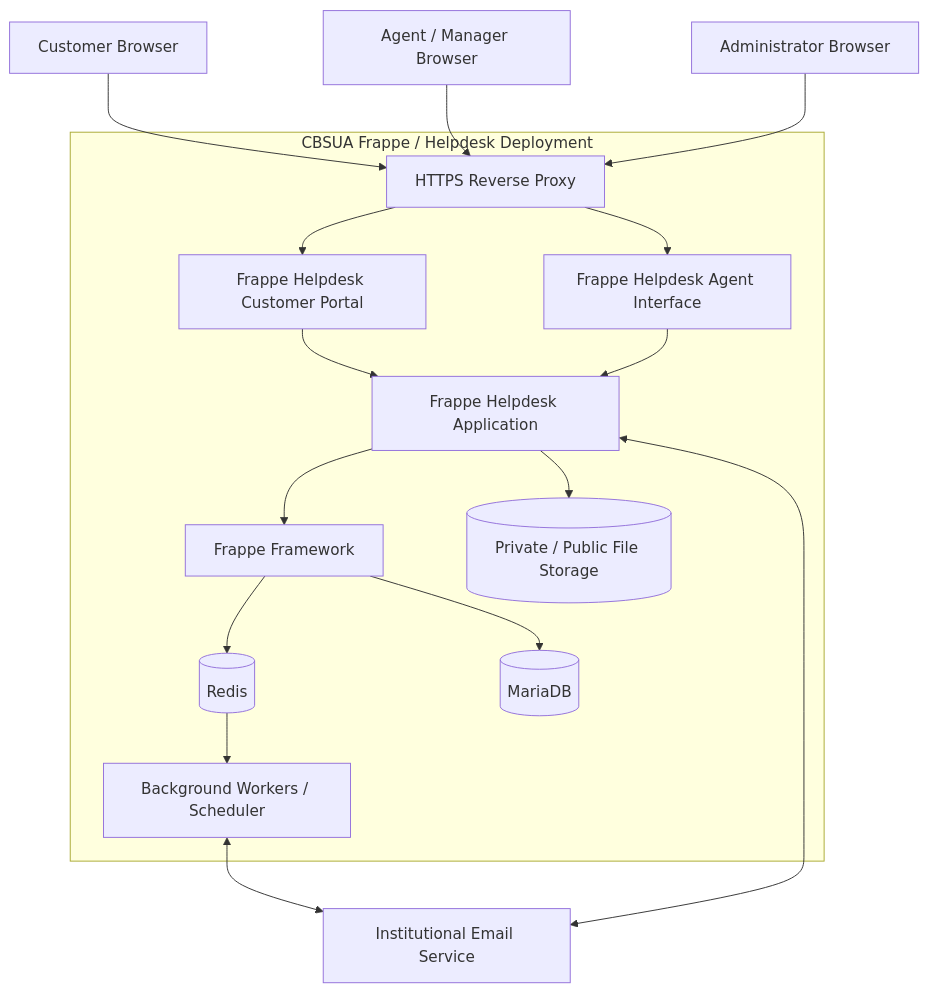
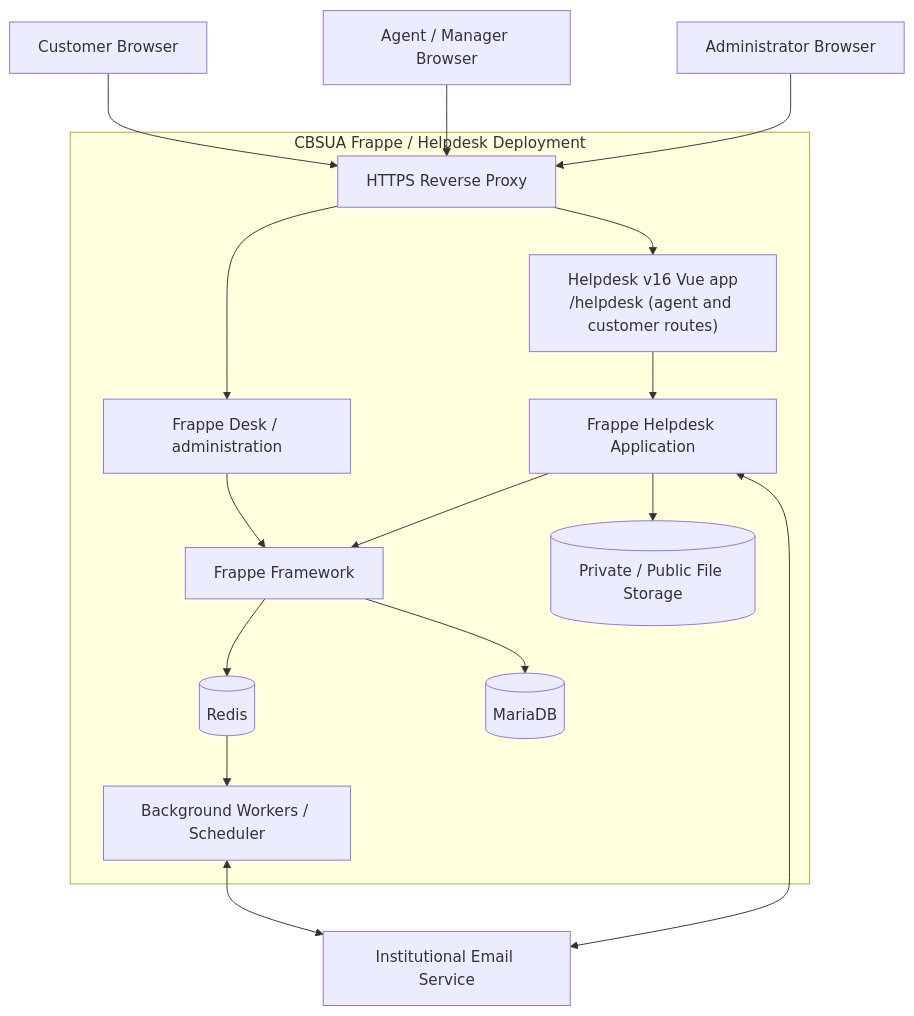
Before and after one commit to AgeReapor/cbsua-helpdesk-app: the second of 6 diagrams in docs/architecture.md, drawn with Mermaid. The commit also changed 8 other files, not shown here.

````diff
--- a/docs/architecture.md
+++ b/docs/architecture.md
@@ -42,35 +42,35 @@
 ```mermaid
 flowchart TB
     Customer["Customer Browser"]
     Agent["Agent / Manager Browser"]
     Admin["Administrator Browser"]
 
     subgraph Platform["CBSUA Frappe / Helpdesk Deployment"]
         Proxy["HTTPS Reverse Proxy"]
-        Portal["Frappe Helpdesk Customer Portal"]
-        AgentPortal["Frappe Helpdesk Agent Interface"]
+        HelpdeskUI["Helpdesk v16 Vue app<br/>/helpdesk (agent and customer routes)"]
+        Desk["Frappe Desk / administration"]
         App["Frappe Helpdesk Application"]
         Framework["Frappe Framework"]
         Workers["Background Workers / Scheduler"]
         Redis[("Redis")]
         DB[("MariaDB")]
         Files[("Private / Public File Storage")]
     end
 
     Mail["Institutional Email Service"]
 
     Customer --> Proxy
     Agent --> Proxy
     Admin --> Proxy
-    Proxy --> Portal
-    Proxy --> AgentPortal
-    Portal --> App
-    AgentPortal --> App
+    Proxy --> HelpdeskUI
+    Proxy --> Desk
+    HelpdeskUI --> App
+    Desk --> Framework
     App --> Framework
     Framework --> DB
     Framework --> Redis
     Redis --> Workers
     App --> Files
     Workers <--> Mail
     App <--> Mail
 ```
````
